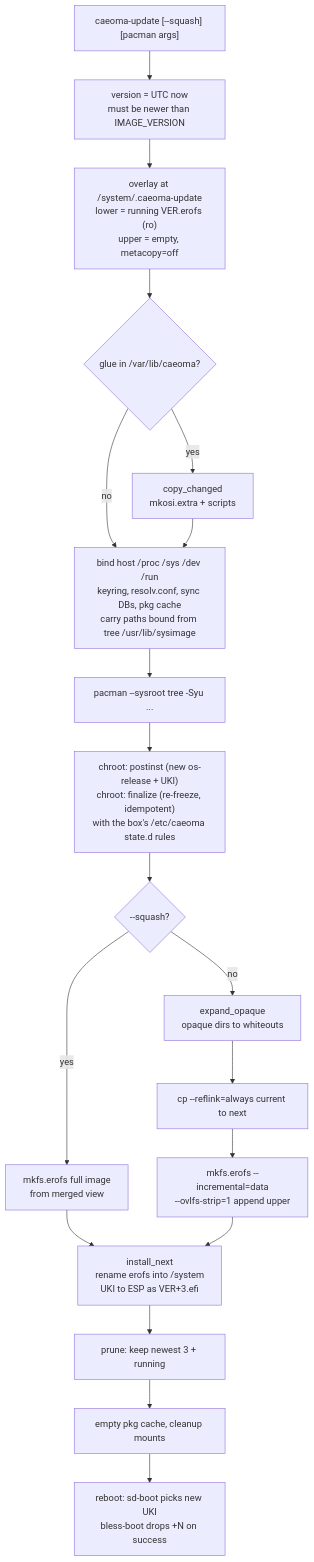
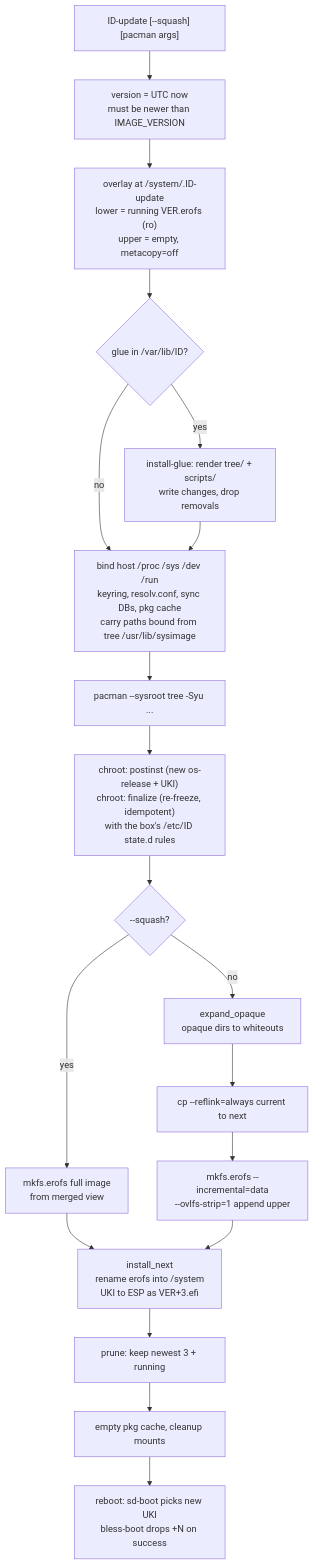
The second of 2 diagrams in docs/DESIGN.md (h8d13/caeoma), drawn with Mermaid before and after one commit. The commit also changed other lines of this file and 1 other file, not shown here.

````diff
--- a/docs/DESIGN.md
+++ b/docs/DESIGN.md
@@ -55,21 +57,21 @@
 ```mermaid
 flowchart TD
-	START["caeoma-update [--squash] [pacman args]"] --> V["version = UTC now<br/>must be newer than IMAGE_VERSION"]
-	V --> OV["overlay at /system/.caeoma-update<br/>lower = running VER.erofs (ro)<br/>upper = empty, metacopy=off"]
-	OV --> G{"glue in /var/lib/caeoma?"}
-	G -- yes --> GC["copy_changed<br/>mkosi.extra + scripts"]
+	START["ID-update [--squash] [pacman args]"] --> V["version = UTC now<br/>must be newer than IMAGE_VERSION"]
+	V --> OV["overlay at /system/.ID-update<br/>lower = running VER.erofs (ro)<br/>upper = empty, metacopy=off"]
+	OV --> G{"glue in /var/lib/ID?"}
+	G -- yes --> GC["install-glue: render tree/ + scripts/<br/>write changes, drop removals"]
 	G -- no --> MB
 	GC --> MB["bind host /proc /sys /dev /run<br/>keyring, resolv.conf, sync DBs, pkg cache<br/>carry paths bound from tree /usr/lib/sysimage"]
 	MB --> PM["pacman --sysroot tree -Syu ..."]
-	PM --> CH["chroot: postinst (new os-release + UKI)<br/>chroot: finalize (re-freeze, idempotent)<br/>with the box's /etc/caeoma state.d rules"]
+	PM --> CH["chroot: postinst (new os-release + UKI)<br/>chroot: finalize (re-freeze, idempotent)<br/>with the box's /etc/ID state.d rules"]
 	CH --> SQ{"--squash?"}
 	SQ -- yes --> FULL["mkfs.erofs full image<br/>from merged view"]
 	SQ -- no --> EO["expand_opaque<br/>opaque dirs to whiteouts"]
 	EO --> RL["cp --reflink=always current to next"]
 	RL --> INC["mkfs.erofs --incremental=data<br/>--ovlfs-strip=1 append upper"]
 	FULL --> INST
 	INC --> INST["install_next<br/>rename erofs into /system<br/>UKI to ESP as VER+3.efi"]
 	INST --> PR["prune: keep newest 3 + running"]
 	PR --> CL["empty pkg cache, cleanup mounts"]
 	CL --> RB["reboot: sd-boot picks new UKI<br/>bless-boot drops +N on success"]
 ```
````
